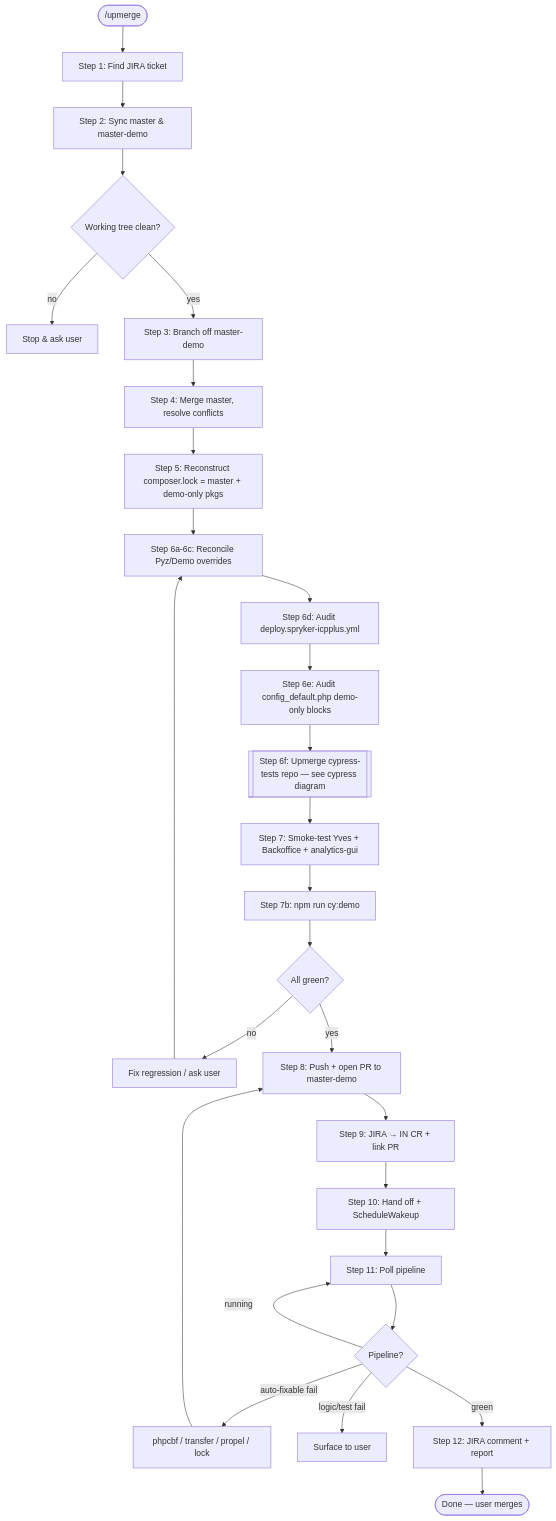
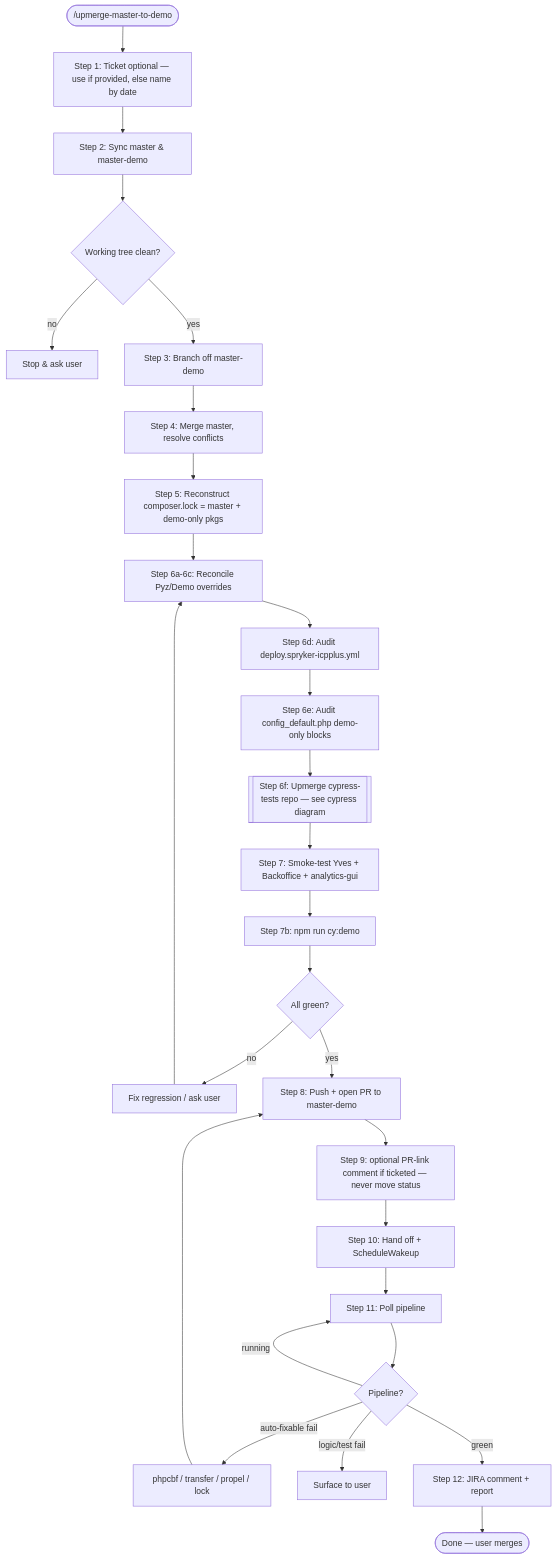
The first of 2 diagrams in .claude/skills/upmerge-master-to-demo/README.md (spryker-shop/b2b-demo-marketplace), drawn with Mermaid before and after one commit. The commit also changed other lines of this file and 5 other files, not shown here.

Commit message:
- docs(upmerge): update README to clarify JIRA ticket optionality, branch naming conventions, and full autonomy - chore(upmerge): enhance SKILL.md for streamlined automation flow and decision points

````diff
--- a/.claude/skills/upmerge-master-to-demo/README.md
+++ b/.claude/skills/upmerge-master-to-demo/README.md
@@ -50,30 +54,30 @@
 ```mermaid
 flowchart TD
-    A([/upmerge]) --> B[Step 1: Find JIRA ticket]
+    A([/upmerge-master-to-demo]) --> B[Step 1: Ticket optional — use if provided, else name by date]
     B --> C[Step 2: Sync master & master-demo]
     C --> D{Working tree clean?}
     D -- no --> Dx[Stop & ask user]
     D -- yes --> E[Step 3: Branch off master-demo]
     E --> F[Step 4: Merge master, resolve conflicts]
     F --> G[Step 5: Reconstruct composer.lock = master + demo-only pkgs]
 
     G --> H[Step 6a-6c: Reconcile Pyz/Demo overrides ]
     H --> I[Step 6d: Audit deploy.spryker-icpplus.yml]
     I --> J[Step 6e: Audit config_default.php demo-only blocks]
     J --> K[[Step 6f: Upmerge cypress-tests repo — see cypress diagram]]
 
     K --> L[Step 7: Smoke-test Yves + Backoffice + analytics-gui]
     L --> M[Step 7b: npm run cy:demo]
     M --> N{All green?}
     N -- no --> Nx[Fix regression / ask user] --> H
     N -- yes --> O[Step 8: Push + open PR to master-demo]
-    O --> P[Step 9: JIRA → IN CR + link PR]
+    O --> P[Step 9: optional PR-link comment if ticketed — never move status]
     P --> Q[Step 10: Hand off + ScheduleWakeup]
     Q --> R[Step 11: Poll pipeline]
     R --> S{Pipeline?}
     S -- running --> R
     S -- auto-fixable fail --> T[phpcbf / transfer / propel / lock] --> O
     S -- logic/test fail --> Tx[Surface to user]
     S -- green --> U[Step 12: JIRA comment + report]
     U --> V([Done — user merges])
 ```
````
